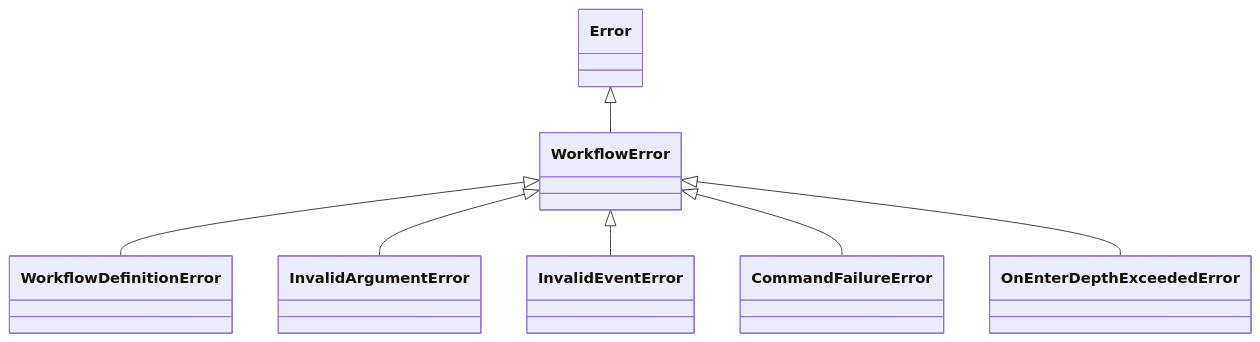
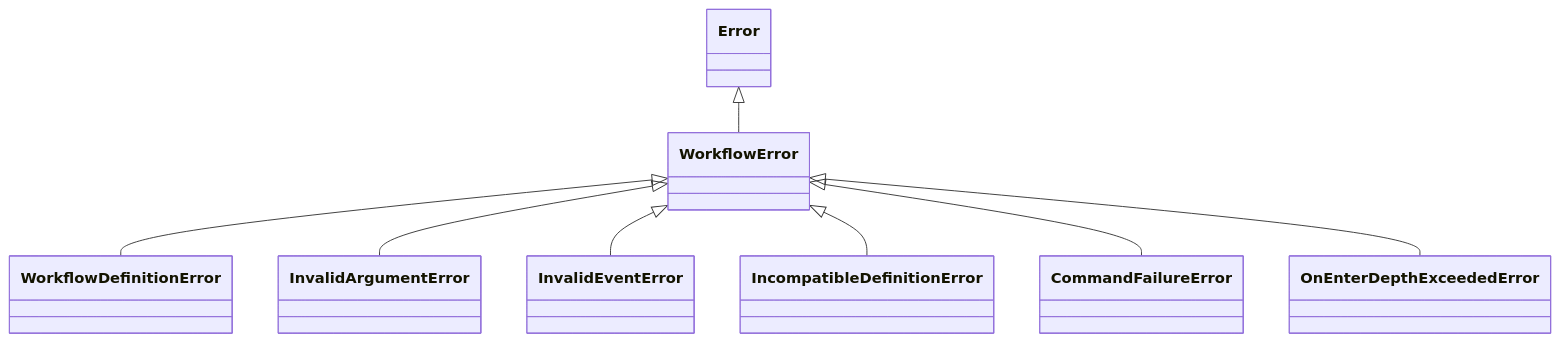
One commit to camcima/duraflows changed the diagram in docs/error-handling.md. Above: the diagram before and after it, drawn with Mermaid. The commit also changed other lines of this file and 14 other files, not shown here.

````diff
--- a/docs/error-handling.md
+++ b/docs/error-handling.md
@@ -7,9 +7,10 @@
 ```mermaid
 classDiagram
     Error <|-- WorkflowError
     WorkflowError <|-- WorkflowDefinitionError
     WorkflowError <|-- InvalidArgumentError
     WorkflowError <|-- InvalidEventError
+    WorkflowError <|-- IncompatibleDefinitionError
     WorkflowError <|-- CommandFailureError
     WorkflowError <|-- OnEnterDepthExceededError
 ```
````
